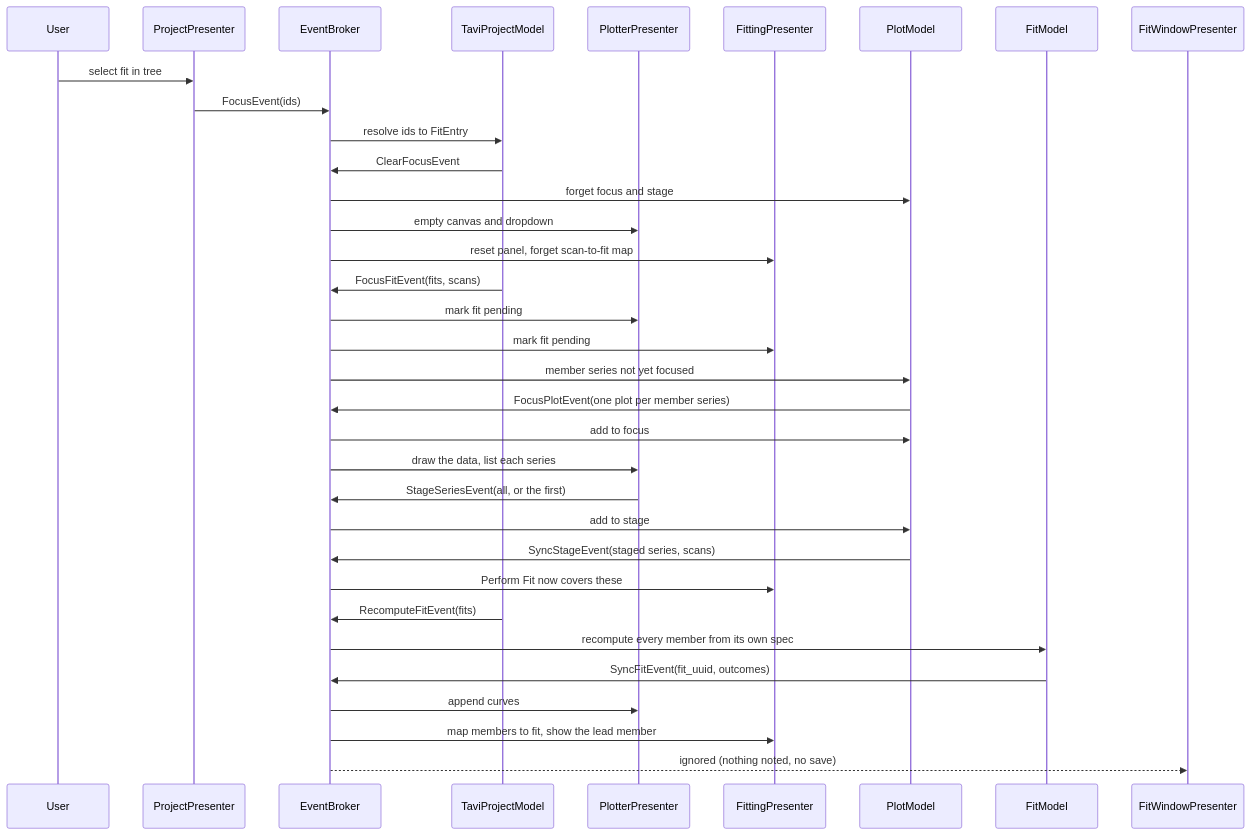
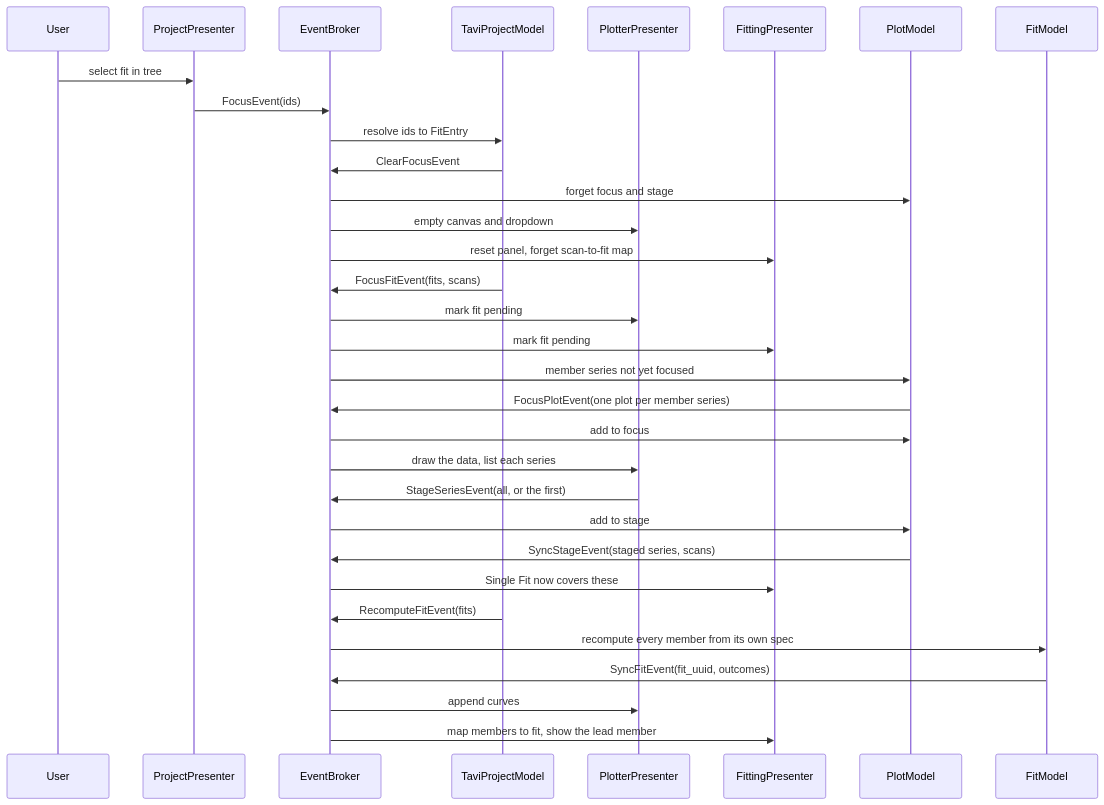
One commit to neutrons/TAVI changed the fifth of 8 diagrams in docs/source/design/frontend/fit_data_model.rst. Above: the diagram before and after it, drawn with Mermaid. The commit also changed other lines of this file and 23 other files, not shown here.

```diff
--- a/docs/source/design/frontend/fit_data_model.rst
+++ b/docs/source/design/frontend/fit_data_model.rst
@@ -403,37 +466,37 @@
 .. mermaid::
 
     sequenceDiagram
         participant User
         participant ProjectPresenter
         participant EventBroker
         participant TaviProjectModel
         participant PlotterPresenter
         participant FittingPresenter
         participant PlotModel
         participant FitModel
-        participant FitWindowPresenter
+        %% Deprecated: participant FitWindowPresenter
 
         User ->> ProjectPresenter: select fit in tree
         ProjectPresenter ->> EventBroker: FocusEvent(ids)
         EventBroker ->> TaviProjectModel: resolve ids to FitEntry
         TaviProjectModel ->> EventBroker: ClearFocusEvent
         EventBroker ->> PlotModel: forget focus and stage
         EventBroker ->> PlotterPresenter: empty canvas and dropdown
         EventBroker ->> FittingPresenter: reset panel, forget scan-to-fit map
         TaviProjectModel ->> EventBroker: FocusFitEvent(fits, scans)
         EventBroker ->> PlotterPresenter: mark fit pending
         EventBroker ->> FittingPresenter: mark fit pending
         EventBroker ->> PlotModel: member series not yet focused
         PlotModel ->> EventBroker: FocusPlotEvent(one plot per member series)
         EventBroker ->> PlotModel: add to focus
         EventBroker ->> PlotterPresenter: draw the data, list each series
         PlotterPresenter ->> EventBroker: StageSeriesEvent(all, or the first)
         EventBroker ->> PlotModel: add to stage
         PlotModel ->> EventBroker: SyncStageEvent(staged series, scans)
-        EventBroker ->> FittingPresenter: Perform Fit now covers these
+        EventBroker ->> FittingPresenter: Single Fit now covers these
         TaviProjectModel ->> EventBroker: RecomputeFitEvent(fits)
         EventBroker ->> FitModel: recompute every member from its own spec
         FitModel ->> EventBroker: SyncFitEvent(fit_uuid, outcomes)
         EventBroker ->> PlotterPresenter: append curves
         EventBroker ->> FittingPresenter: map members to fit, show the lead member
-        EventBroker -->> FitWindowPresenter: ignored (nothing noted, no save)
+        %% Deprecated: EventBroker -->> FitWindowPresenter: ignored (nothing noted, no save)
```
